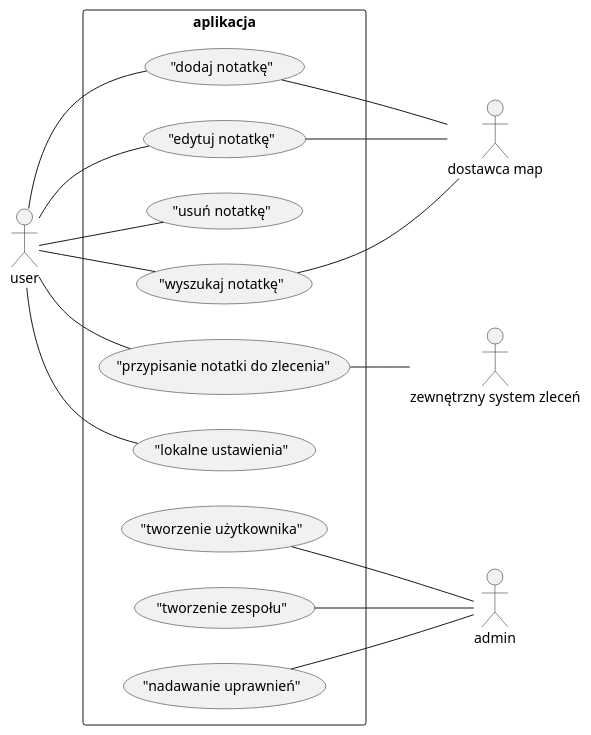
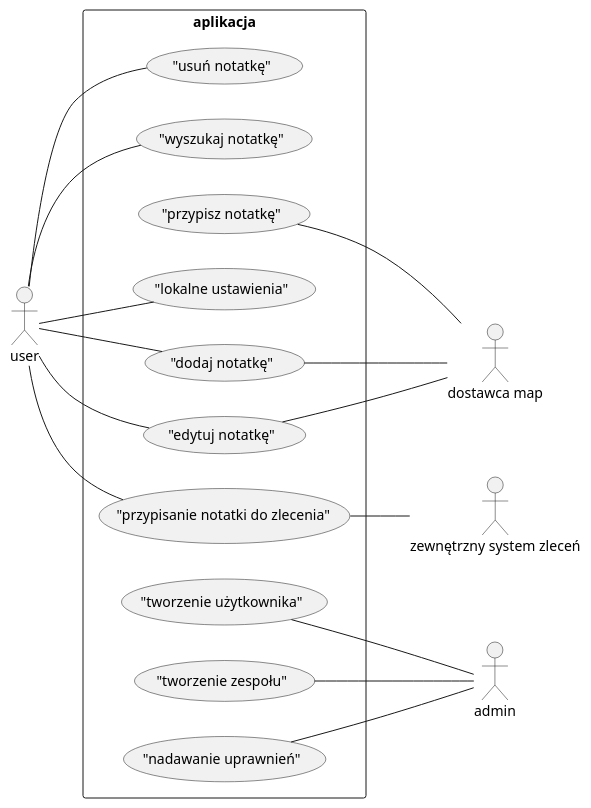
Before and after one commit to m-panczyk/gn_plantuml: the diagram in dpu.puml, drawn with PlantUML.

Commit message:
poprawka w diagramie przypadków użycia

```diff
--- a/dpu.puml
+++ b/dpu.puml
@@ -1,22 +1,22 @@
 @startuml
 left to right direction
 skinparam packageStyle rectangle
 actor "user" as u
 actor "admin" as a
 actor "zewnętrzny system zleceń" as x
 actor "dostawca map" as m
 rectangle aplikacja{
         u -- ("dodaj notatkę") 
         u -- ("edytuj notatkę")
         u -- ("usuń notatkę")
         u -- ("wyszukaj notatkę") 
         u -- ("przypisanie notatki do zlecenia")
         u -- ("lokalne ustawienia")
         ("tworzenie użytkownika") -- a
         ("tworzenie zespołu") -- a
         ("nadawanie uprawnień") -- a
         ("przypisanie notatki do zlecenia") -- x
         ("dodaj notatkę") -- m
         ("edytuj notatkę") -- m    
-        ("wyszukaj notatkę") -- m
+	("przypisz notatkę") -- m
 @enduml
```
